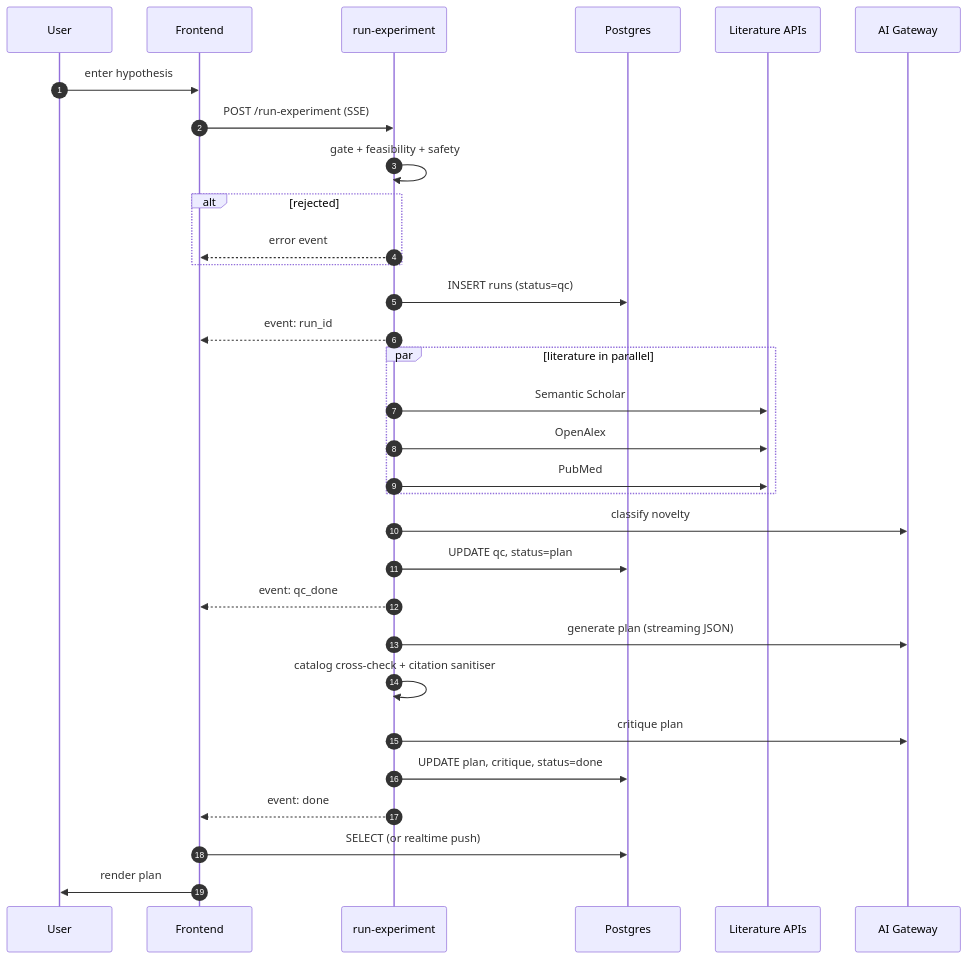
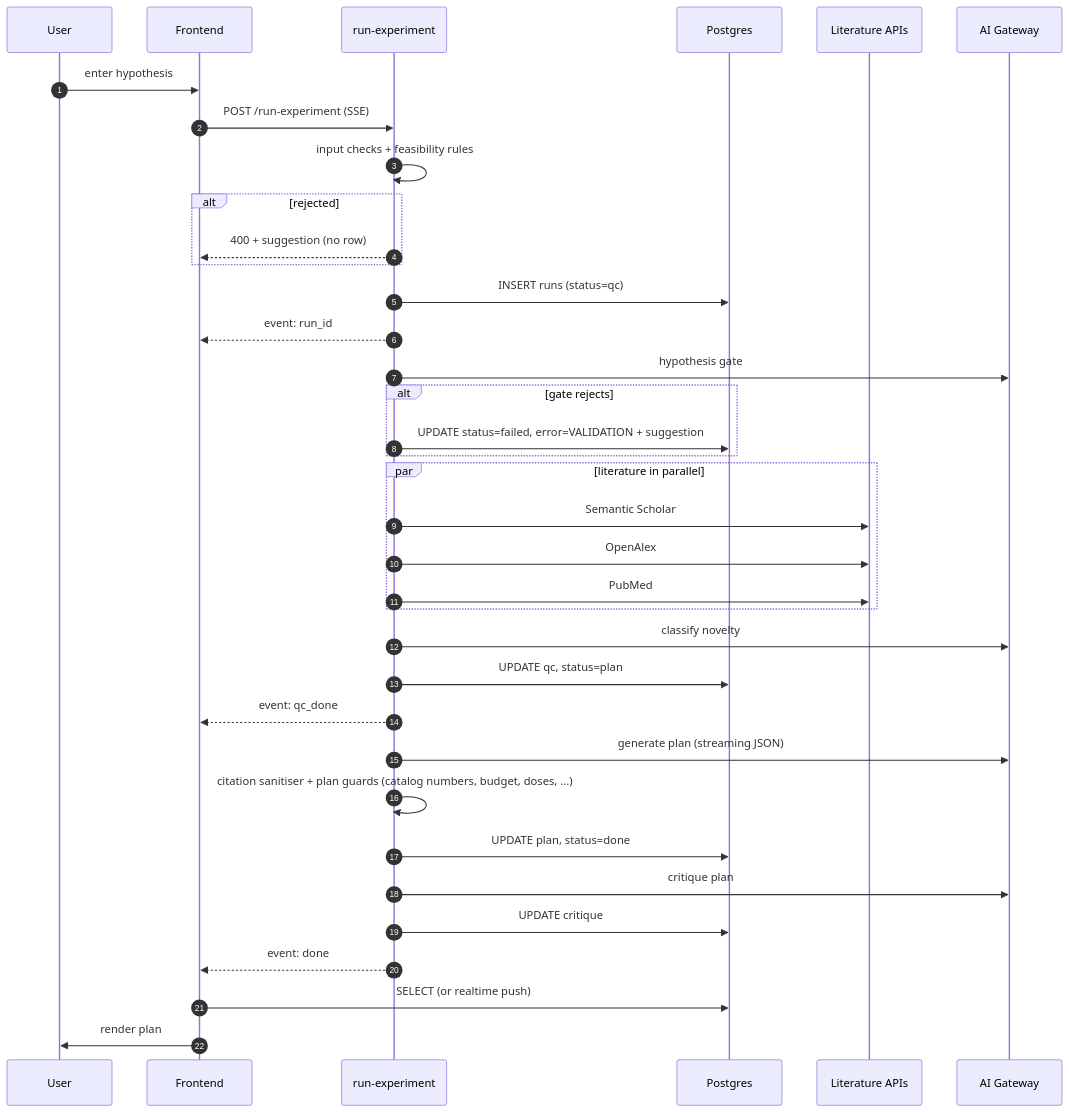
Before and after one commit to gopalinternship-unibasel/ai-scientist: the second of 9 diagrams in docs/ARCHITECTURE.md, drawn with Mermaid. The commit also changed other lines of this file and 2 other files, not shown here.

First line of the commit message:
Docs: round-2 access rules, plan checks and novelty check; fix stale statements

````diff
--- a/docs/ARCHITECTURE.md
+++ b/docs/ARCHITECTURE.md
@@ -82,34 +85,39 @@
 ```mermaid
 sequenceDiagram
   autonumber
   participant U as User
   participant FE as Frontend
   participant EF as run-experiment
   participant DB as Postgres
   participant LIT as Literature APIs
   participant AI as AI Gateway
 
   U->>FE: enter hypothesis
   FE->>EF: POST /run-experiment (SSE)
-  EF->>EF: gate + feasibility + safety
+  EF->>EF: input checks + feasibility rules
   alt rejected
-    EF-->>FE: error event
+    EF-->>FE: 400 + suggestion (no row)
   end
   EF->>DB: INSERT runs (status=qc)
   EF-->>FE: event: run_id
+  EF->>AI: hypothesis gate
+  alt gate rejects
+    EF->>DB: UPDATE status=failed, error=VALIDATION + suggestion
+  end
   par literature in parallel
     EF->>LIT: Semantic Scholar
     EF->>LIT: OpenAlex
     EF->>LIT: PubMed
   end
   EF->>AI: classify novelty
   EF->>DB: UPDATE qc, status=plan
   EF-->>FE: event: qc_done
   EF->>AI: generate plan (streaming JSON)
-  EF->>EF: catalog cross-check + citation sanitiser
+  EF->>EF: citation sanitiser + plan guards (catalog numbers, budget, doses, ...)
+  EF->>DB: UPDATE plan, status=done
   EF->>AI: critique plan
-  EF->>DB: UPDATE plan, critique, status=done
+  EF->>DB: UPDATE critique
   EF-->>FE: event: done
   FE->>DB: SELECT (or realtime push)
   FE->>U: render plan
 ```
````
